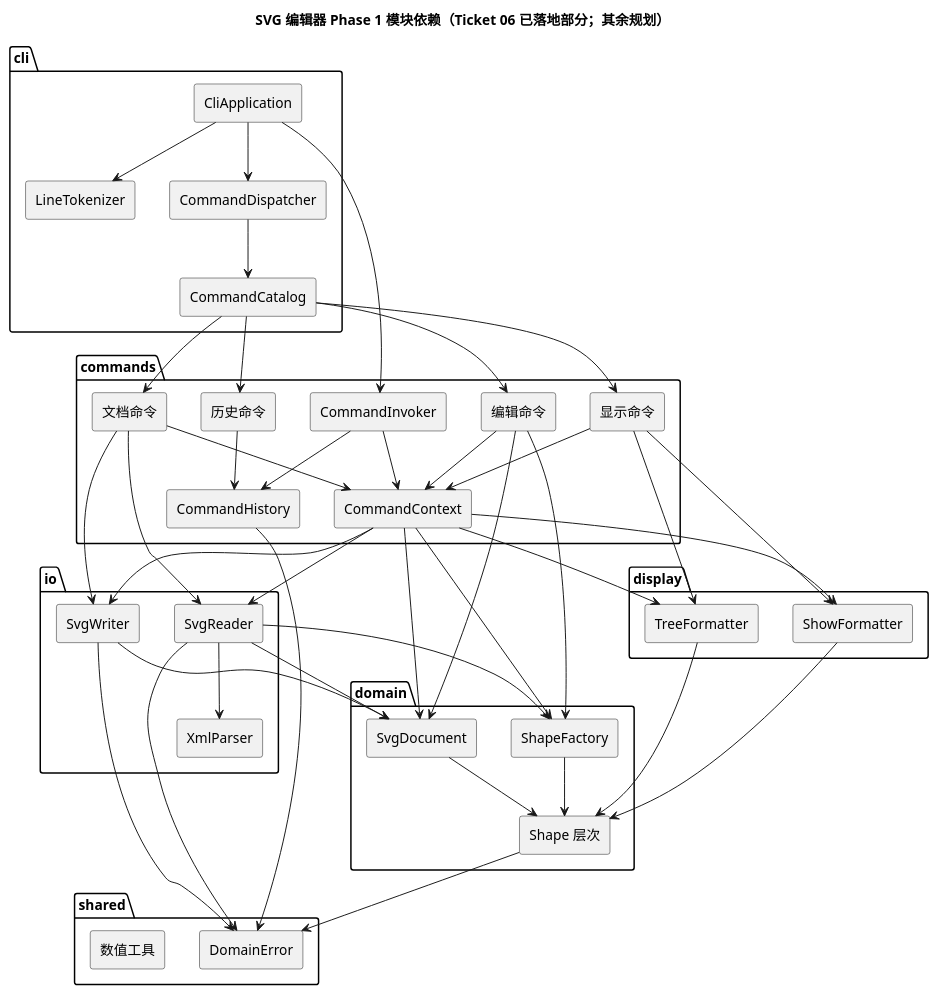
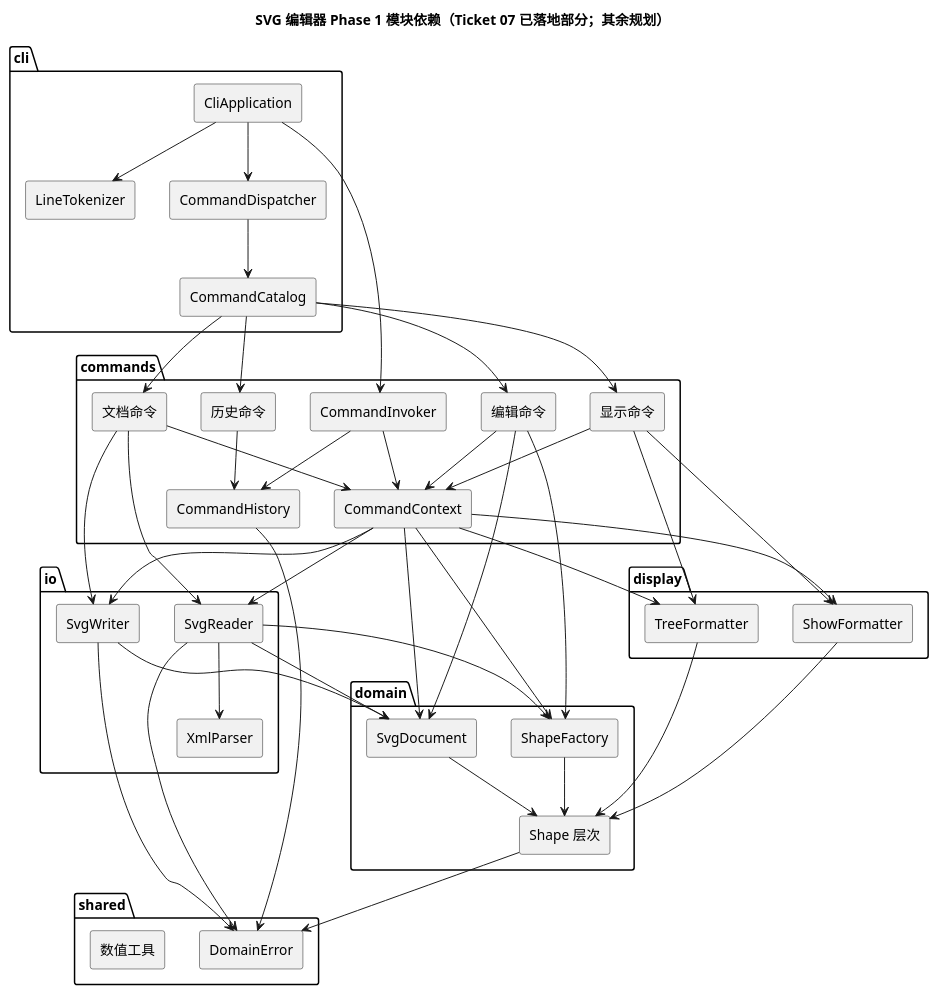
Before and after one commit to NQC233/svg-editor-lab1: the diagram in doc/architecture.puml, drawn with PlantUML. The commit also changed 7 other files, not shown here.

```diff
--- a/doc/architecture.puml
+++ b/doc/architecture.puml
@@ -1,82 +1,82 @@
 @startuml
 skinparam componentStyle rectangle
-title SVG 编辑器 Phase 1 模块依赖（Ticket 06 已落地部分；其余规划）
+title SVG 编辑器 Phase 1 模块依赖（Ticket 07 已落地部分；其余规划）
 
 package "cli" {
   [CliApplication]
   [CommandDispatcher]
   [CommandCatalog]
   [LineTokenizer]
 }
 
 package "commands" {
   [CommandInvoker]
   [CommandHistory]
   [CommandContext]
   [编辑命令]
   [文档命令]
   [显示命令]
   [历史命令]
 }
 
 package "domain" {
   [SvgDocument]
   [Shape 层次]
   [ShapeFactory]
 }
 
 package "io" {
   [SvgReader]
   [SvgWriter]
   [XmlParser]
 }
 
 package "display" {
   [TreeFormatter]
   [ShowFormatter]
 }
 
 package "shared" {
   [DomainError]
   [数值工具]
 }
 
 [CliApplication] --> [LineTokenizer]
 [CliApplication] --> [CommandDispatcher]
 [CliApplication] --> [CommandInvoker]
 [CommandDispatcher] --> [CommandCatalog]
 [CommandCatalog] --> [编辑命令]
 [CommandCatalog] --> [文档命令]
 [CommandCatalog] --> [显示命令]
 [CommandCatalog] --> [历史命令]
 [CommandInvoker] --> [CommandHistory]
 [CommandInvoker] --> [CommandContext]
 [编辑命令] --> [CommandContext]
 [文档命令] --> [CommandContext]
 [显示命令] --> [CommandContext]
 [历史命令] --> [CommandHistory]
 [CommandContext] --> [SvgDocument]
 [CommandContext] --> [SvgReader]
 [CommandContext] --> [SvgWriter]
 [CommandContext] --> [TreeFormatter]
 [CommandContext] --> [ShowFormatter]
 [CommandContext] --> [ShapeFactory]
 [编辑命令] --> [SvgDocument]
 [编辑命令] --> [ShapeFactory]
 [文档命令] --> [SvgReader]
 [文档命令] --> [SvgWriter]
 [显示命令] --> [TreeFormatter]
 [显示命令] --> [ShowFormatter]
 [SvgReader] --> [XmlParser]
 [SvgReader] --> [SvgDocument]
 [SvgReader] --> [ShapeFactory]
 [SvgWriter] --> [SvgDocument]
 [TreeFormatter] --> [Shape 层次]
 [ShowFormatter] --> [Shape 层次]
 [ShapeFactory] --> [Shape 层次]
 [SvgDocument] --> [Shape 层次]
 [Shape 层次] --> [DomainError]
 [SvgReader] --> [DomainError]
 [SvgWriter] --> [DomainError]
 [CommandHistory] --> [DomainError]
 @enduml
```
